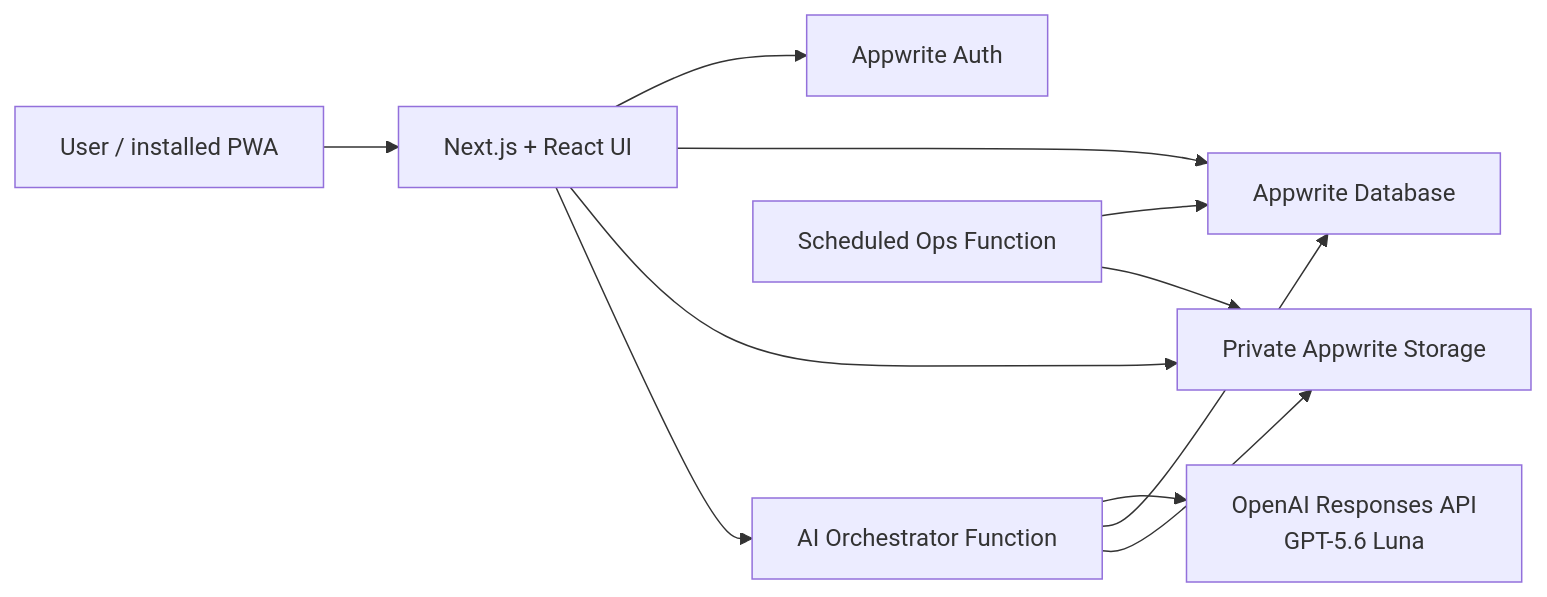
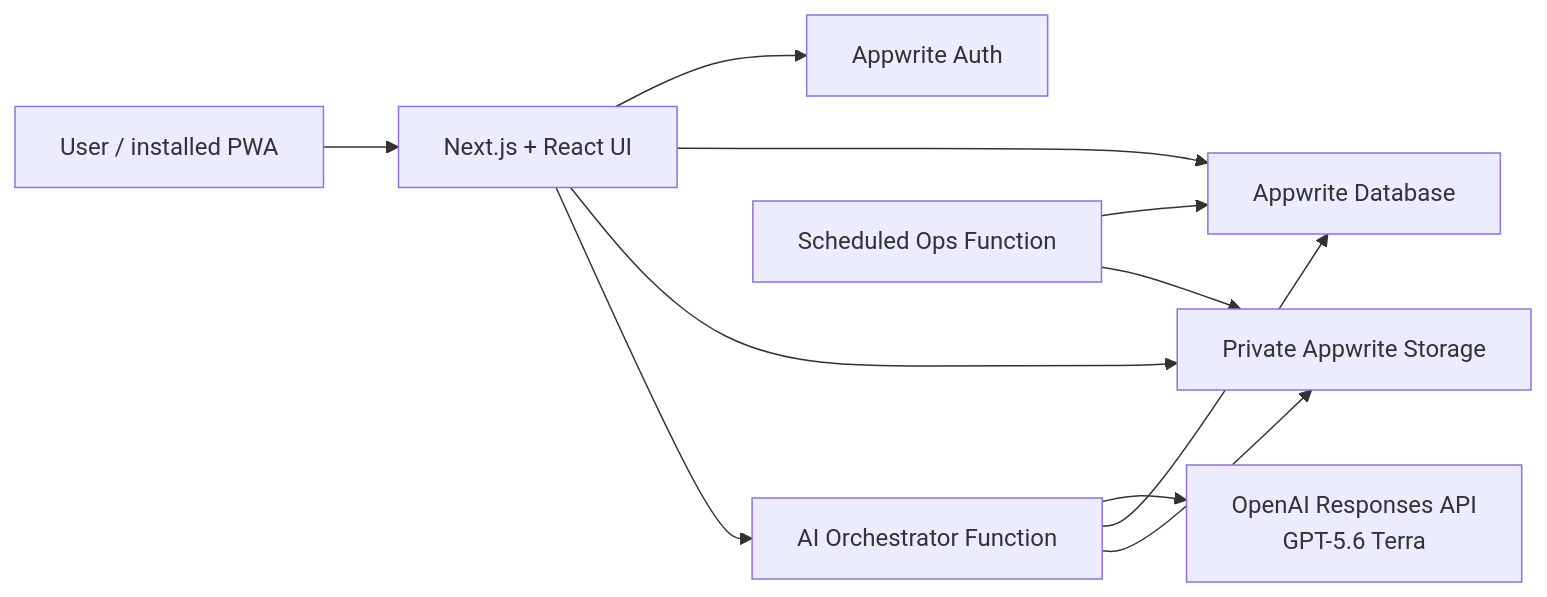
One commit to heytaha14/LifeInbox changed the diagram in README.md. Above: the diagram before and after it, drawn with Mermaid. The commit also changed other lines of this file and 19 other files, not shown here.

````diff
--- a/README.md
+++ b/README.md
@@ -63,13 +63,13 @@
 ```mermaid
 flowchart LR
   U["User / installed PWA"] --> W["Next.js + React UI"]
   W --> A["Appwrite Auth"]
   W --> D["Appwrite Database"]
   W --> S["Private Appwrite Storage"]
   W --> F["AI Orchestrator Function"]
-  F --> O["OpenAI Responses API\nGPT-5.6 Luna"]
+  F --> O["OpenAI Responses API\nGPT-5.6 Terra"]
   F --> D
   F --> S
   X["Scheduled Ops Function"] --> D
   X --> S
 ```
````
